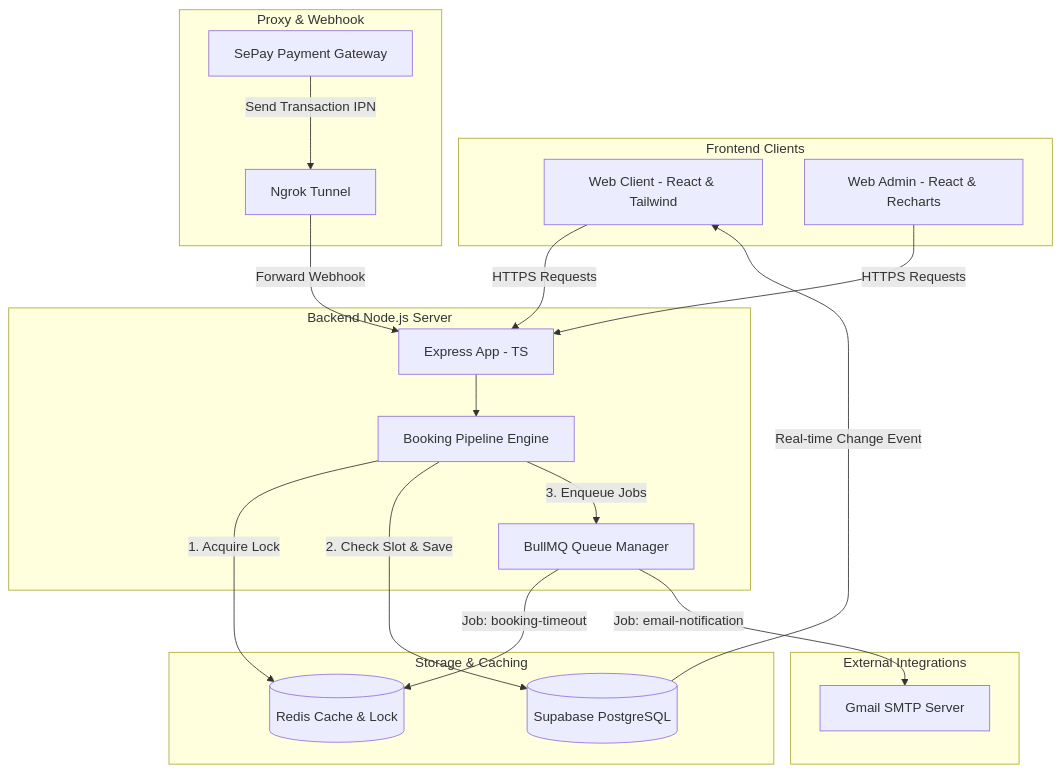
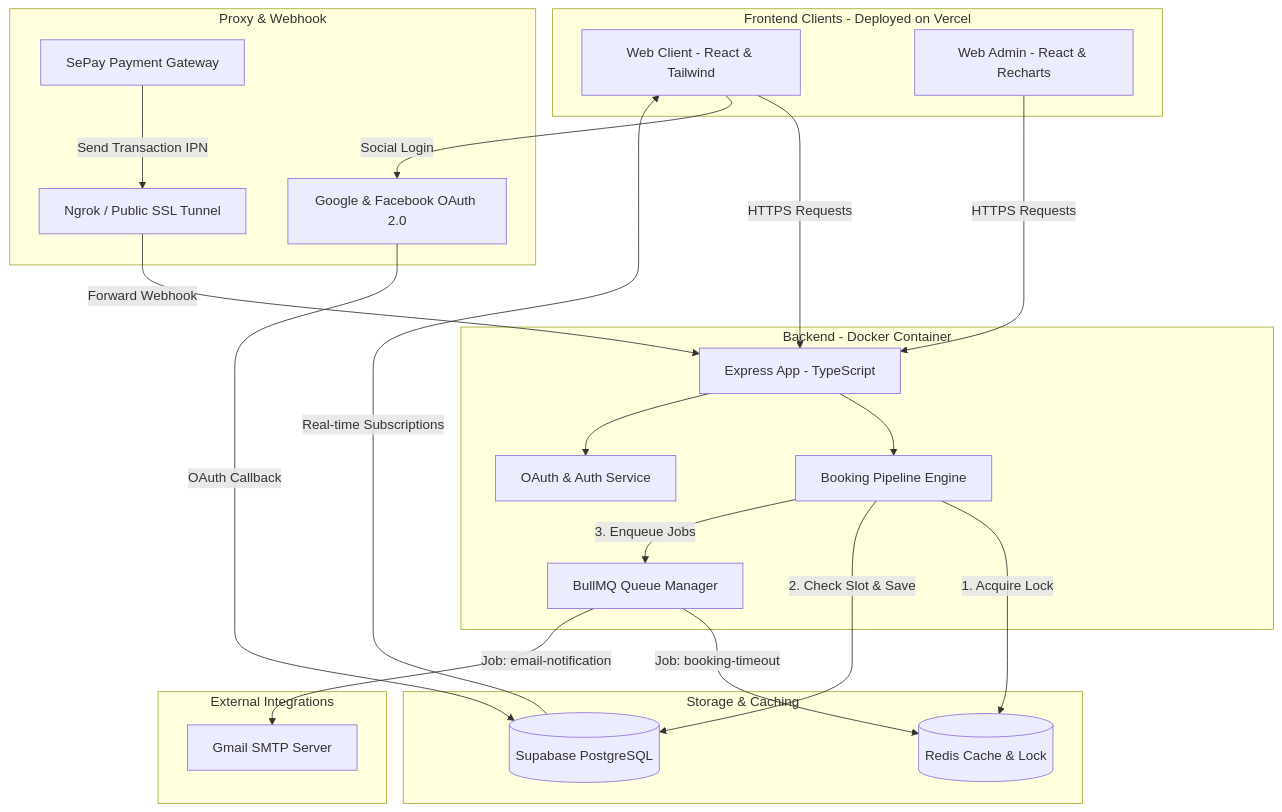
Before and after one commit to truong0910/PhoToHub: the diagram in README.md, drawn with Mermaid. The commit also changed other lines of this file and 11 other files, not shown here.

Commit message:
login facebook and google

````diff
--- a/README.md
+++ b/README.md
@@ -11,45 +11,50 @@
 ```mermaid
 graph TD
     %% Client Layer
-    subgraph Client Layer [Frontend Clients]
+    subgraph Client Layer [Frontend Clients - Deployed on Vercel]
         WC[Web Client - React & Tailwind]
         WA[Web Admin - React & Recharts]
     end
 
     %% Gateway Layer
     subgraph Network Layer [Proxy & Webhook]
-        NGR[Ngrok Tunnel]
+        NGR[Ngrok / Public SSL Tunnel]
         SP[SePay Payment Gateway]
+        OAUTH[Google & Facebook OAuth 2.0]
     end
 
     %% App Server Layer
-    subgraph Application Layer [Backend Node.js Server]
-        API[Express App - TS]
+    subgraph Application Layer [Backend - Docker Container]
+        API[Express App - TypeScript]
+        AuthService[OAuth & Auth Service]
         Pipeline[Booking Pipeline Engine]
         BMQ[BullMQ Queue Manager]
     end
 
     %% Database & Cache Layer
     subgraph Data & Cache Layer [Storage & Caching]
         DB[(Supabase PostgreSQL)]
         RD[(Redis Cache & Lock)]
     end
 
     %% Third-party Layer
     subgraph External Services [External Integrations]
         SMTP[Gmail SMTP Server]
     end
 
     %% Connections
     WC -->|HTTPS Requests| API
     WA -->|HTTPS Requests| API
+    WC -->|Social Login| OAUTH
+    OAUTH -->|OAuth Callback| DB
     SP -->|Send Transaction IPN| NGR
     NGR -->|Forward Webhook| API
     API --> Pipeline
+    API --> AuthService
     Pipeline -->|1. Acquire Lock| RD
     Pipeline -->|2. Check Slot & Save| DB
     Pipeline -->|3. Enqueue Jobs| BMQ
     BMQ -->|Job: booking-timeout| RD
     BMQ -->|Job: email-notification| SMTP
-    DB -->|Real-time Change Event| WC
+    DB -->|Real-time Subscriptions| WC
 ```
````
